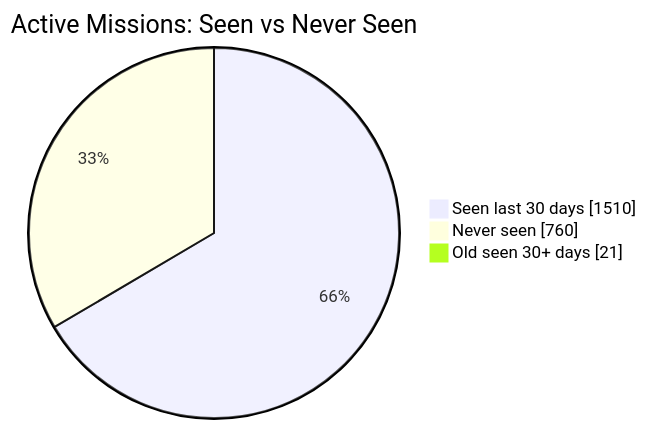
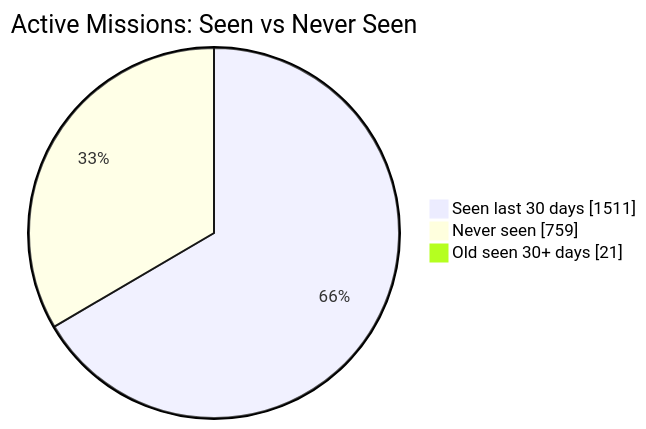
Before and after one commit to MeldkamerspelGameTeam/active-missions: the first of 2 diagrams in README.md, drawn with Mermaid. The commit also changed other lines of this file and 2 other files, not shown here.

````diff
--- a/README.md
+++ b/README.md
@@ -34,7 +34,7 @@
 ```mermaid
 pie showData
     title Active Missions: Seen vs Never Seen
-    "Seen last 30 days" : 1510
-    "Never seen" : 760
+    "Seen last 30 days" : 1511
+    "Never seen" : 759
     "Old seen 30+ days" : 21
 ```
````
